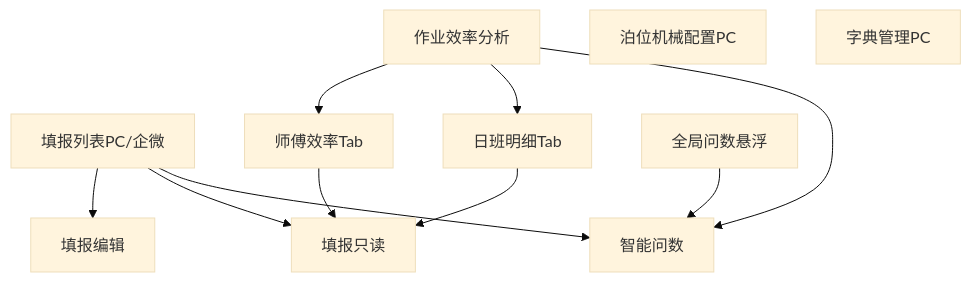
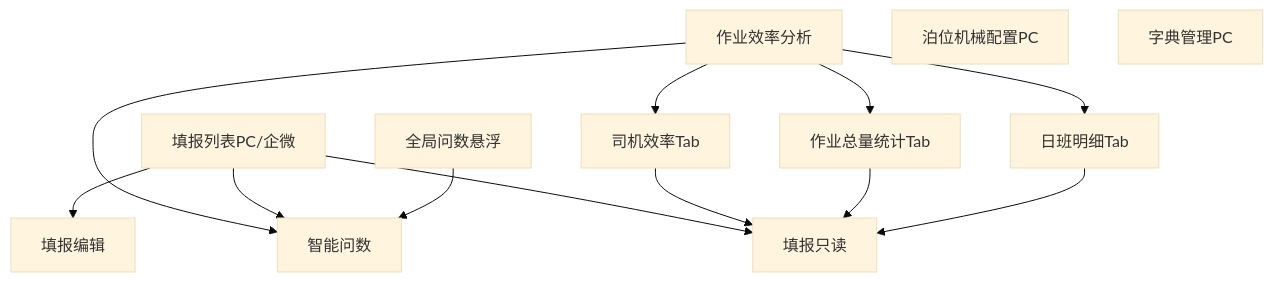
One commit to liaoliao66/TOS changed the third of 6 diagrams in docs/versions/v1.0.0/prd.md. Above: the diagram before and after it, drawn with Mermaid (base theme). The commit also changed other lines of this file and 9 other files, not shown here.

````diff
--- a/docs/versions/v1.0.0/prd.md
+++ b/docs/versions/v1.0.0/prd.md
@@ -163,14 +170,16 @@
 ```mermaid
 flowchart TD
     L[填报列表PC/企微] --> E[填报编辑]
     L --> V[填报只读]
-    F[作业效率分析] --> T1[师傅效率Tab]
-    F --> T2[日班明细Tab]
+    F[作业效率分析] --> T1[司机效率Tab]
+    F --> T2[作业总量统计Tab]
+    F --> T3[日班明细Tab]
     T1 --> V
     T2 --> V
+    T3 --> V
     F --> A[智能问数]
     L --> A
     FAB[全局问数悬浮] --> A
     M[泊位机械配置PC]
     D[字典管理PC]
 ```
````
